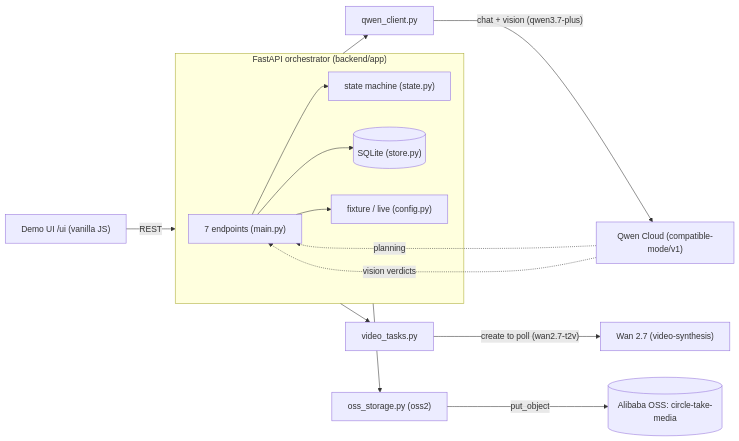
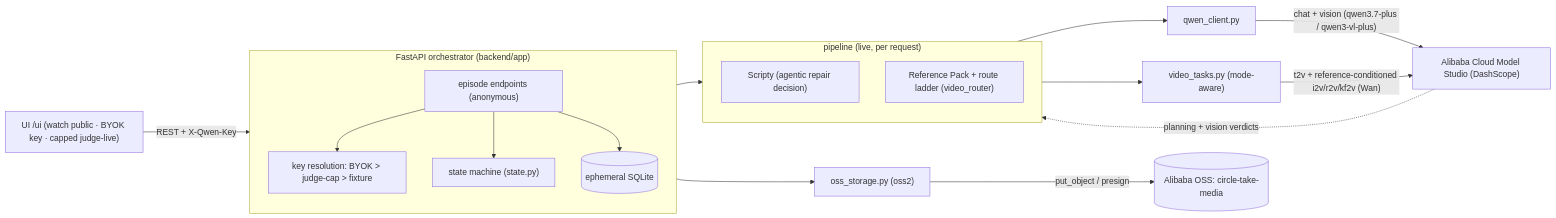
The first of 3 diagrams in docs/architecture.md (ComBba/circle-take), drawn with Mermaid before and after one commit. The commit also changed other lines of this file and 2 other files, not shown here.

First line of the commit message:
docs: update README/architecture/devpost to the self-correcting build + Path A Alibaba proof

````diff
--- a/docs/architecture.md
+++ b/docs/architecture.md
@@ -7,25 +11,30 @@
 ```mermaid
 flowchart LR
-  UI["Demo UI /ui (vanilla JS)"] -->|REST| API
+  UI["UI /ui (watch public · BYOK key · capped judge-live)"] -->|"REST + X-Qwen-Key"| API
 
   subgraph API["FastAPI orchestrator (backend/app)"]
-    EP["7 endpoints (main.py)"]
+    EP["episode endpoints (anonymous)"]
+    KR["key resolution: BYOK > judge-cap > fixture"]
     SM["state machine (state.py)"]
-    DB[("SQLite (store.py)")]
-    CFG["fixture / live (config.py)"]
+    DB[("ephemeral SQLite")]
+    EP --> KR
     EP --> SM
     EP --> DB
-    EP --> CFG
   end
 
-  API --> QC["qwen_client.py"]
-  API --> VT["video_tasks.py"]
+  API --> PIPE
+  subgraph PIPE["pipeline (live, per request)"]
+    SC["Scripty (agentic repair decision)"]
+    RP["Reference Pack + route ladder (video_router)"]
+  end
+
+  PIPE --> QC["qwen_client.py"]
+  PIPE --> VT["video_tasks.py (mode-aware)"]
   API --> OSS["oss_storage.py (oss2)"]
 
-  QC -->|"chat + vision (qwen3.7-plus)"| QWEN["Qwen Cloud (compatible-mode/v1)"]
-  VT -->|"create to poll (wan2.7-t2v)"| WAN["Wan 2.7 (video-synthesis)"]
-  OSS -->|"put_object"| BUCKET[("Alibaba OSS: circle-take-media")]
+  QC -->|"chat + vision (qwen3.7-plus / qwen3-vl-plus)"| MS["Alibaba Cloud Model Studio (DashScope)"]
+  VT -->|"t2v + reference-conditioned i2v/r2v/kf2v (Wan)"| MS
+  OSS -->|"put_object / presign"| BUCKET[("Alibaba OSS: circle-take-media")]
 
-  QWEN -. planning .-> EP
-  QWEN -. vision verdicts .-> EP
+  MS -. planning + vision verdicts .-> PIPE
 ```
````
